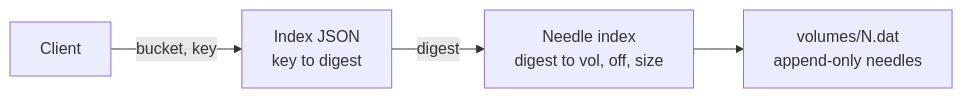
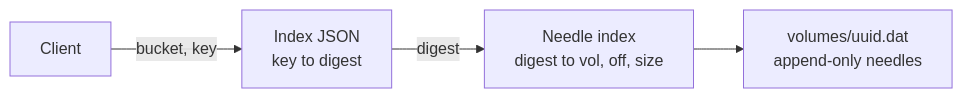
One commit to utkarsh5026/backend-gauntlet changed the diagram in projects/06-object-store/docs/11-how-haystack-packing-works.md. Above: the diagram before and after it, drawn with Mermaid. The commit also changed other lines of this file and 2 other files, not shown here.

First line of the commit message:
refactor(object-store): update Haystack volume handling and index structure

````diff
--- a/projects/06-object-store/docs/11-how-haystack-packing-works.md
+++ b/projects/06-object-store/docs/11-how-haystack-packing-works.md
@@ -127,6 +127,6 @@
 ```mermaid
 flowchart LR
   Client -->|"bucket, key"| S3Index["Index JSON\nkey to digest"]
   S3Index -->|digest| NeedleMap["Needle index\ndigest to vol, off, size"]
-  NeedleMap --> Volume["volumes/N.dat\nappend-only needles"]
+  NeedleMap --> Volume["volumes/uuid.dat\nappend-only needles"]
 ```
````
